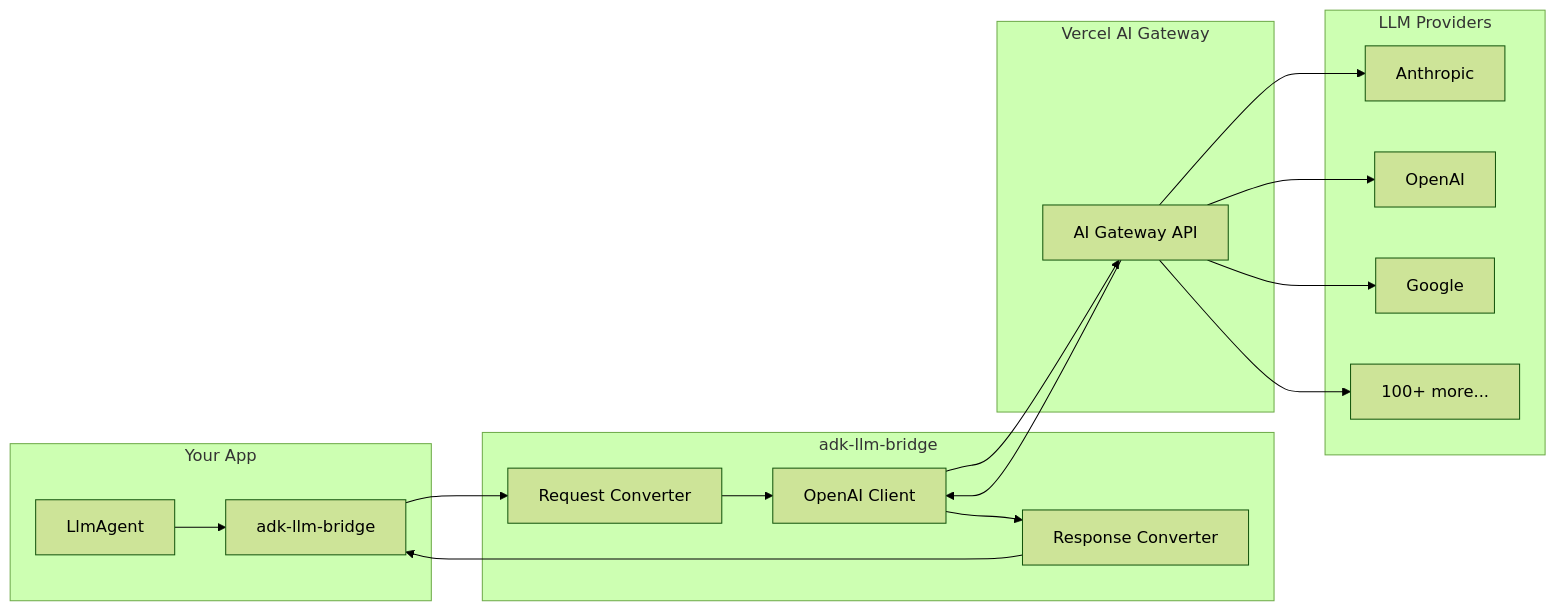
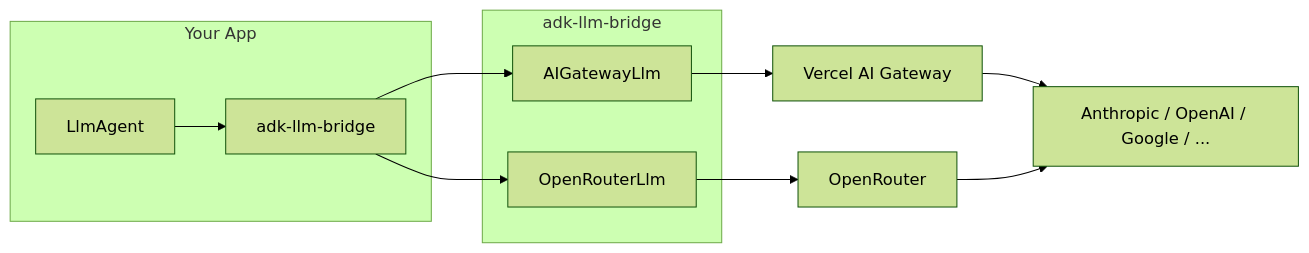
One commit to pianistprogrammer/adk-llm-bridge changed the diagram in README.md. Above: the diagram before and after it, drawn with Mermaid (forest theme). The commit also changed other lines of this file and 38 other files, not shown here.

First line of the commit message:
feat: add multi-provider architecture with OpenRouter support

````diff
--- a/README.md
+++ b/README.md
@@ -14,26 +21,17 @@
 ```mermaid
 flowchart LR
     subgraph Your App
         A[LlmAgent] --> B[adk-llm-bridge]
     end
     
     subgraph adk-llm-bridge
-        B --> C[Request Converter]
-        C --> D[OpenAI Client]
-        F[Response Converter] --> B
+        B --> C[AIGatewayLlm]
+        B --> D[OpenRouterLlm]
     end
     
-    subgraph Vercel AI Gateway
-        D --> E[AI Gateway API]
-        E --> D
-    end
+    C --> E[Vercel AI Gateway]
+    D --> F[OpenRouter]
     
-    D --> F
-    
-    subgraph LLM Providers
-        E --> G[Anthropic]
-        E --> H[OpenAI]
-        E --> I[Google]
-        E --> J[100+ more...]
-    end
+    E --> G[Anthropic / OpenAI / Google / ...]
+    F --> G
 ```
````
